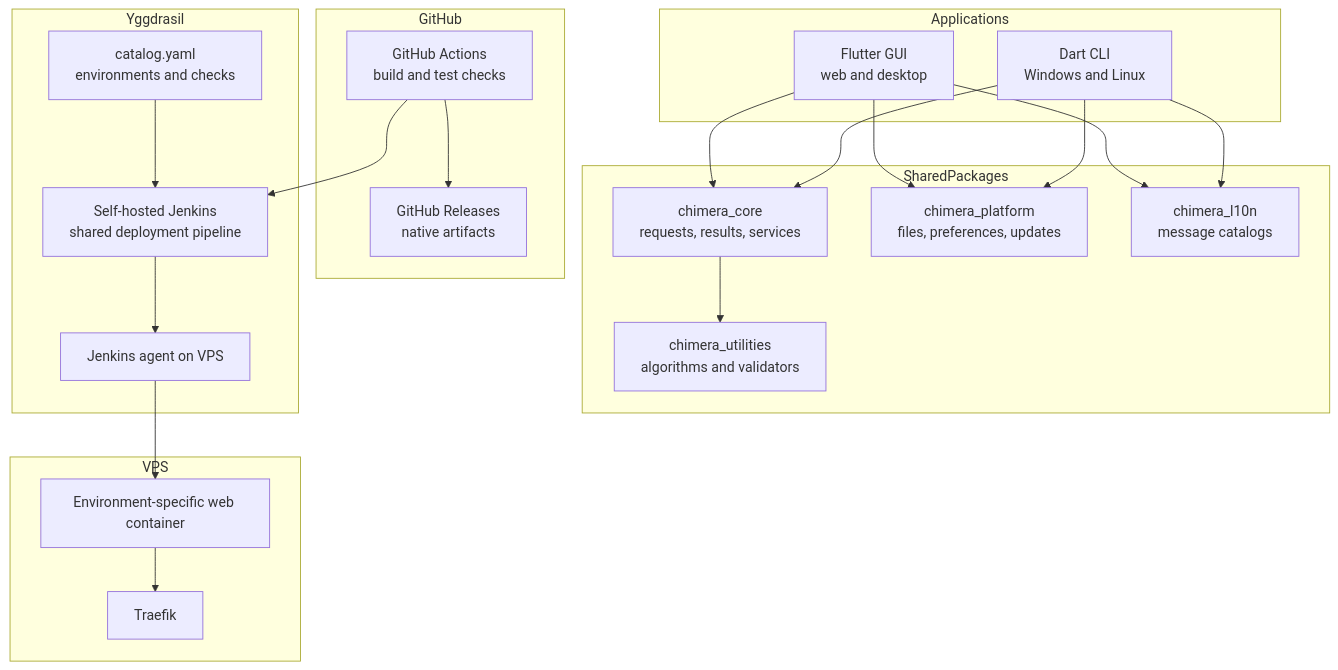
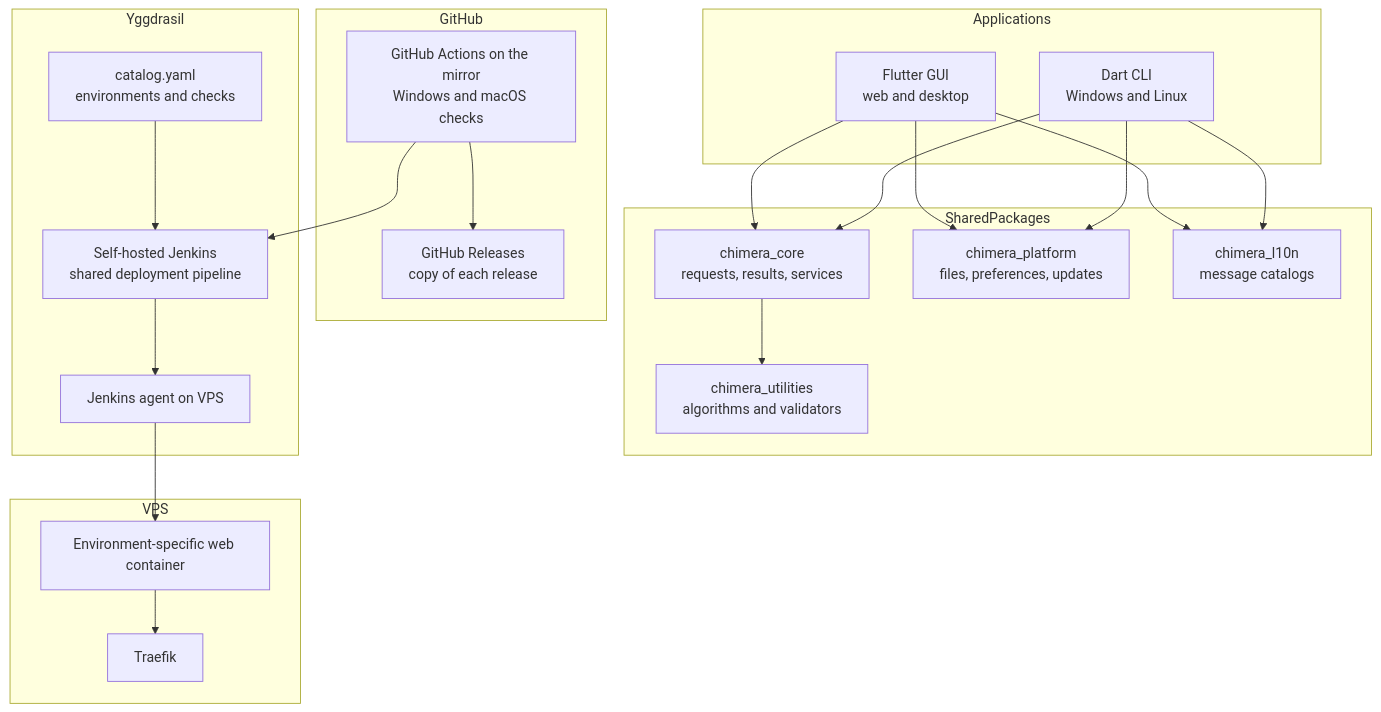
The diagram in docs/requirements/Operations & Infrastructure Document.md (artur-rios/chimera), drawn with Mermaid before and after one commit. The commit also changed other lines of this file and 9 other files, not shown here.

````diff
--- a/docs/requirements/Operations & Infrastructure Document.md
+++ b/docs/requirements/Operations & Infrastructure Document.md
@@ -38,44 +38,44 @@
 ```mermaid
 graph TD
     subgraph Applications
         GUI[Flutter GUI<br/>web and desktop]
         CLI[Dart CLI<br/>Windows and Linux]
     end
 
     subgraph SharedPackages
         CORE[chimera_core<br/>requests, results, services]
         UTIL[chimera_utilities<br/>algorithms and validators]
         PLATFORM[chimera_platform<br/>files, preferences, updates]
         L10N[chimera_l10n<br/>message catalogs]
     end
 
     subgraph GitHub
-        CI[GitHub Actions<br/>build and test checks]
-        RELEASES[GitHub Releases<br/>native artifacts]
+        CI[GitHub Actions on the mirror<br/>Windows and macOS checks]
+        RELEASES[GitHub Releases<br/>copy of each release]
     end
 
     subgraph Yggdrasil
         CATALOG[catalog.yaml<br/>environments and checks]
         JENKINS[Self-hosted Jenkins<br/>shared deployment pipeline]
         AGENT[Jenkins agent on VPS]
     end
 
     subgraph VPS
         IMAGE[Environment-specific web container]
         TRAEFIK[Traefik]
     end
 
     GUI --> CORE
     CLI --> CORE
     GUI --> PLATFORM
     CLI --> PLATFORM
     GUI --> L10N
     CLI --> L10N
     CORE --> UTIL
     CI --> RELEASES
     CI --> JENKINS
     CATALOG --> JENKINS
     JENKINS --> AGENT
     AGENT --> IMAGE
     IMAGE --> TRAEFIK
 ```
````
